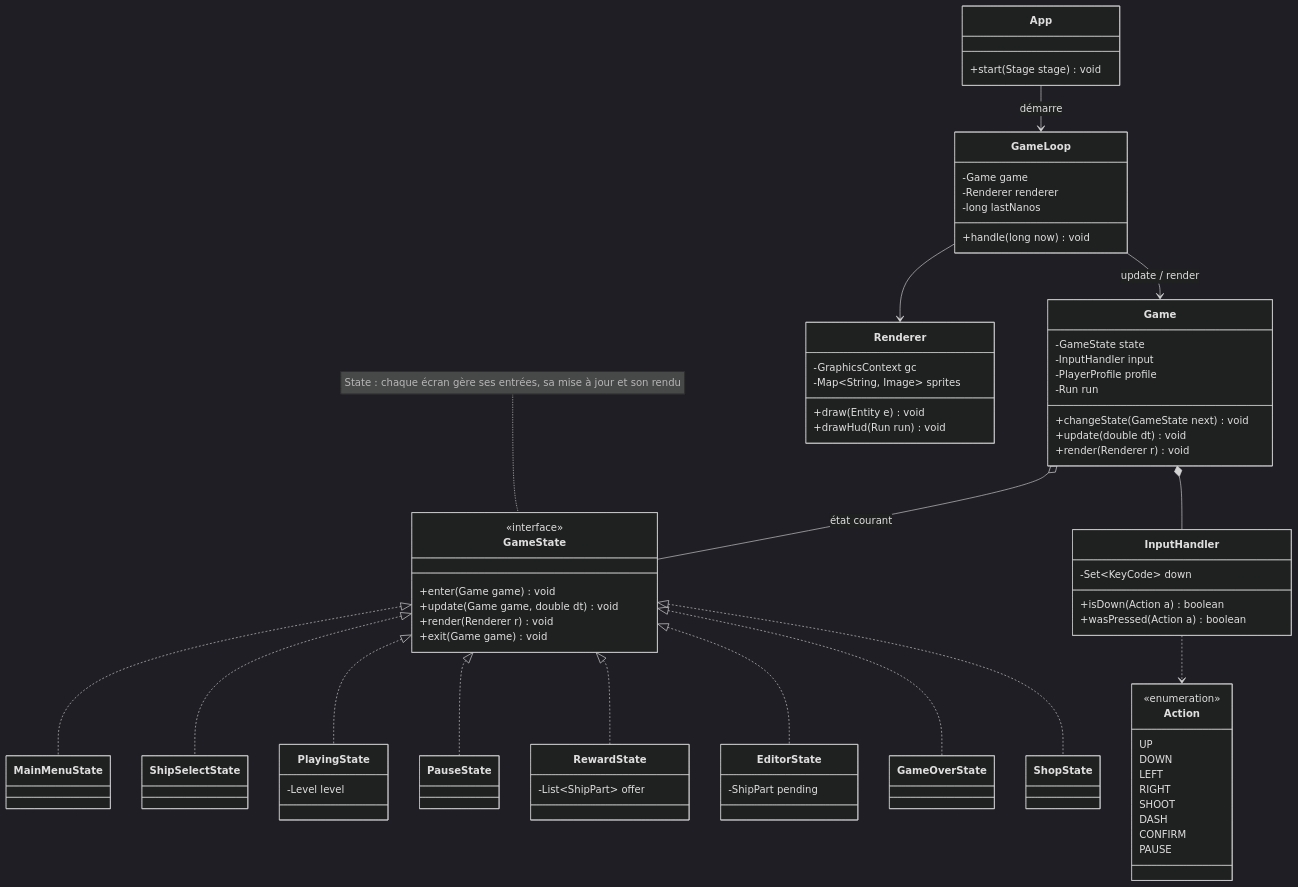
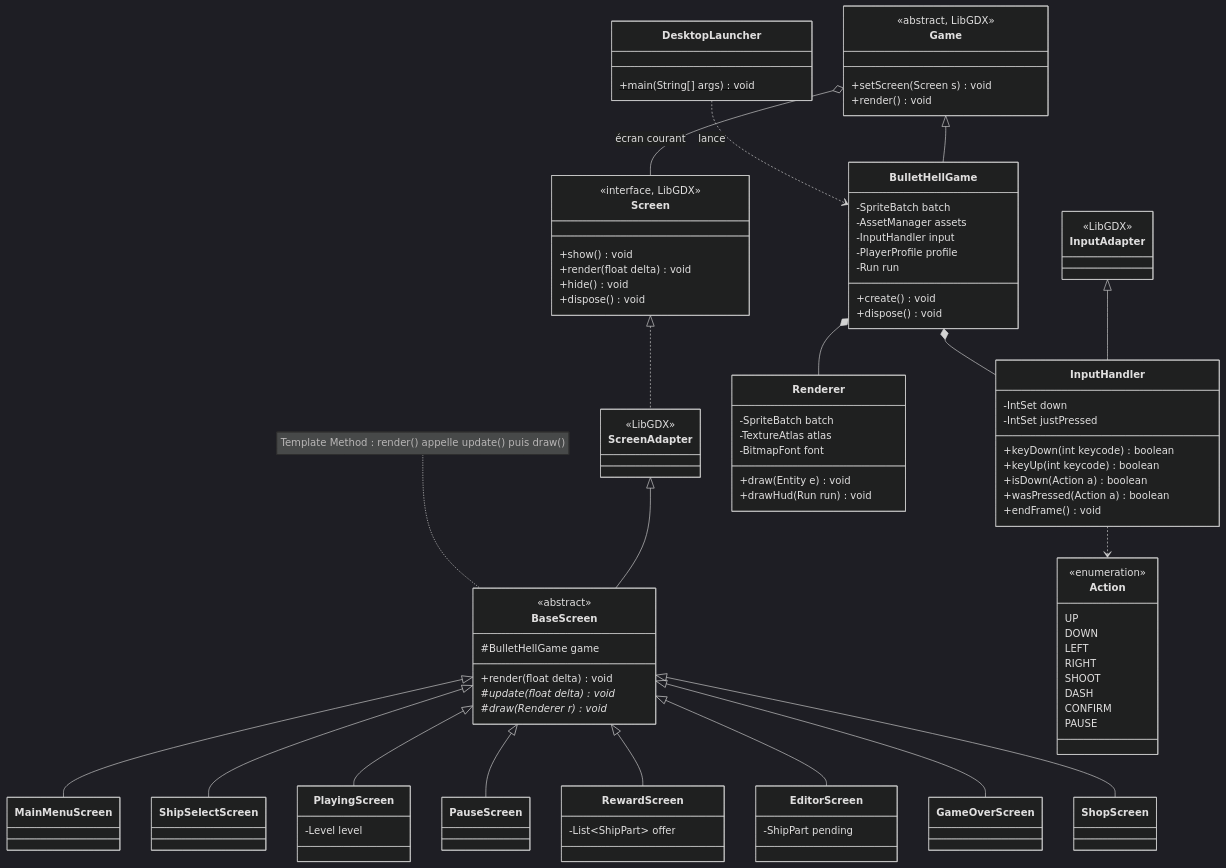
The third of 13 diagrams in content/2D-Game/ideas/pierre/Bullet hell roguelike - UML.md (Bisiaux-dev/public-vault), drawn with Mermaid (dark theme) before and after one commit. The commit also changed other lines of this file and 27 other files, not shown here.

````diff
--- a/content/2D-Game/ideas/pierre/Bullet hell roguelike - UML.md
+++ b/content/2D-Game/ideas/pierre/Bullet hell roguelike - UML.md
@@ -57,49 +59,65 @@
 ```mermaid
 classDiagram
     direction TB
-    class App {
-        +start(Stage stage) void
-    }
-    class GameLoop {
-        -Game game
-        -Renderer renderer
-        -long lastNanos
-        +handle(long now) void
+    class DesktopLauncher {
+        +main(String[] args)$ void
     }
     class Game {
-        -GameState state
+        <<abstract, LibGDX>>
+        +setScreen(Screen s) void
+        +render() void
+    }
+    class Screen {
+        <<interface, LibGDX>>
+        +show() void
+        +render(float delta) void
+        +hide() void
+        +dispose() void
+    }
+    class ScreenAdapter {
+        <<LibGDX>>
+    }
+    class BulletHellGame {
+        -SpriteBatch batch
+        -AssetManager assets
         -InputHandler input
         -PlayerProfile profile
         -Run run
-        +changeState(GameState next) void
-        +update(double dt) void
-        +render(Renderer r) void
+        +create() void
+        +dispose() void
     }
-    class GameState {
-        <<interface>>
-        +enter(Game game) void
-        +update(Game game, double dt) void
-        +render(Renderer r) void
-        +exit(Game game) void
+    class BaseScreen {
+        <<abstract>>
+        #BulletHellGame game
+        +render(float delta) void
+        #update(float delta)* void
+        #draw(Renderer r)* void
     }
-    class MainMenuState
-    class ShipSelectState
-    class PlayingState {
+    class MainMenuScreen
+    class ShipSelectScreen
+    class PlayingScreen {
         -Level level
     }
-    class PauseState
-    class RewardState {
+    class PauseScreen
+    class RewardScreen {
         -List~ShipPart~ offer
     }
-    class EditorState {
+    class EditorScreen {
         -ShipPart pending
     }
-    class GameOverState
-    class ShopState
+    class GameOverScreen
+    class ShopScreen
     class InputHandler {
-        -Set~KeyCode~ down
+        -IntSet down
+        -IntSet justPressed
+        +keyDown(int keycode) boolean
+        +keyUp(int keycode) boolean
         +isDown(Action a) boolean
         +wasPressed(Action a) boolean
+        +endFrame() void
+    }
+    class InputAdapter {
+        <<LibGDX>>
     }
     class Action {
         <<enumeration>>
@@ -113,25 +131,29 @@
         PAUSE
     }
     class Renderer {
-        -GraphicsContext gc
-        -Map~String, Image~ sprites
+        -SpriteBatch batch
+        -TextureAtlas atlas
+        -BitmapFont font
         +draw(Entity e) void
         +drawHud(Run run) void
     }
 
-    App --> GameLoop : démarre
-    GameLoop --> Game : update / render
-    GameLoop --> Renderer
-    Game o-- GameState : état courant
-    Game *-- InputHandler
+    DesktopLauncher ..> BulletHellGame : lance
+    Game <|-- BulletHellGame
+    Game o-- Screen : écran courant
+    Screen <|.. ScreenAdapter
+    ScreenAdapter <|-- BaseScreen
+    BulletHellGame *-- InputHandler
+    BulletHellGame *-- Renderer
+    InputAdapter <|-- InputHandler
     InputHandler ..> Action
-    GameState <|.. MainMenuState
-    GameState <|.. ShipSelectState
-    GameState <|.. PlayingState
-    GameState <|.. PauseState
-    GameState <|.. RewardState
-    GameState <|.. EditorState
-    GameState <|.. GameOverState
-    GameState <|.. ShopState
-    note for GameState "State : chaque écran gère ses entrées, sa mise à jour et son rendu"
+    BaseScreen <|-- MainMenuScreen
+    BaseScreen <|-- ShipSelectScreen
+    BaseScreen <|-- PlayingScreen
+    BaseScreen <|-- PauseScreen
+    BaseScreen <|-- RewardScreen
+    BaseScreen <|-- EditorScreen
+    BaseScreen <|-- GameOverScreen
+    BaseScreen <|-- ShopScreen
+    note for BaseScreen "Template Method : render() appelle update() puis draw()"
 ```
````
